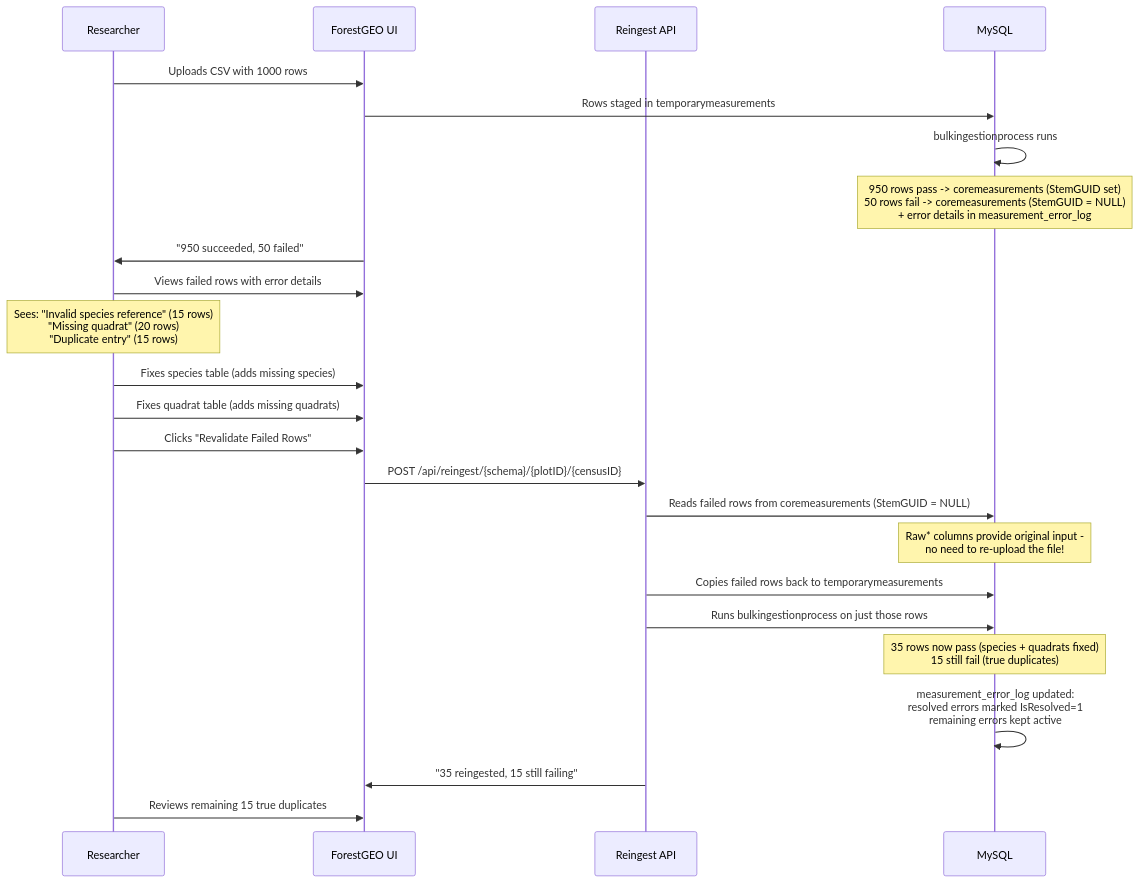
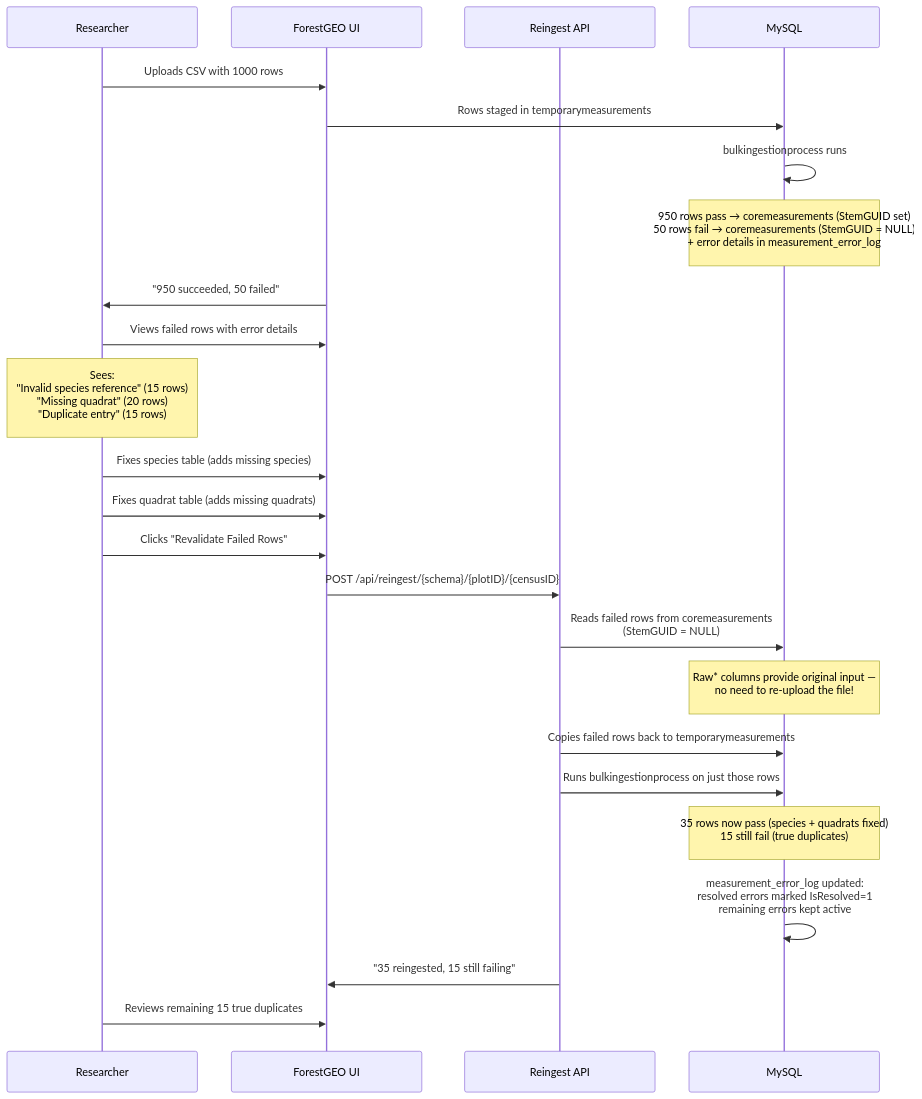
One commit to Smithsonian/ForestGEO changed the third of 4 diagrams in unified-measurements-branch-overview.md. Above: the diagram before and after it, drawn with Mermaid. The commit also changed other lines of this file and 10 other files, not shown here.

````diff
--- a/unified-measurements-branch-overview.md
+++ b/unified-measurements-branch-overview.md
@@ -81,37 +81,53 @@
 ```mermaid
+---
+config:
+  sequence:
+    mirrorActors: true
+    width: 280
+    height: 60
+    boxMargin: 20
+    boxTextMargin: 10
+    noteMargin: 20
+    messageMargin: 50
+    actorFontSize: 18
+    noteFontSize: 16
+    messageFontSize: 16
+    wrap: true
+    wrapPadding: 20
+---
 sequenceDiagram
     participant R as Researcher
     participant UI as ForestGEO UI
     participant API as Reingest API
     participant DB as MySQL
 
-    R->>UI: Uploads CSV with 1000 rows
-    UI->>DB: Rows staged in temporarymeasurements
-    DB->>DB: bulkingestionprocess runs
+    R ->> UI: Uploads CSV with 1000 rows
+    UI ->> DB: Rows staged in temporarymeasurements
+    DB ->> DB: bulkingestionprocess runs
 
-    Note over DB: 950 rows pass -> coremeasurements (StemGUID set)<br/>50 rows fail -> coremeasurements (StemGUID = NULL)<br/>+ error details in measurement_error_log
+    Note over DB: 950 rows pass → coremeasurements (StemGUID set)<br/>50 rows fail → coremeasurements (StemGUID = NULL)<br/>+ error details in measurement_error_log
 
-    UI->>R: "950 succeeded, 50 failed"
-    R->>UI: Views failed rows with error details
+    UI ->> R: "950 succeeded, 50 failed"
+    R ->> UI: Views failed rows with error details
 
-    Note over R: Sees: "Invalid species reference" (15 rows)<br/>"Missing quadrat" (20 rows)<br/>"Duplicate entry" (15 rows)
+    Note over R: Sees:<br/>"Invalid species reference" (15 rows)<br/>"Missing quadrat" (20 rows)<br/>"Duplicate entry" (15 rows)
 
-    R->>UI: Fixes species table (adds missing species)
-    R->>UI: Fixes quadrat table (adds missing quadrats)
-    R->>UI: Clicks "Revalidate Failed Rows"
+    R ->> UI: Fixes species table (adds missing species)
+    R ->> UI: Fixes quadrat table (adds missing quadrats)
+    R ->> UI: Clicks "Revalidate Failed Rows"
 
-    UI->>API: POST /api/reingest/{schema}/{plotID}/{censusID}
-    API->>DB: Reads failed rows from coremeasurements (StemGUID = NULL)
+    UI ->> API: POST /api/reingest/{schema}/{plotID}/{censusID}
+    API ->> DB: Reads failed rows from coremeasurements (StemGUID = NULL)
 
-    Note over DB: Raw* columns provide original input -<br/>no need to re-upload the file!
+    Note over DB: Raw* columns provide original input —<br/>no need to re-upload the file!
 
-    API->>DB: Copies failed rows back to temporarymeasurements
-    API->>DB: Runs bulkingestionprocess on just those rows
+    API ->> DB: Copies failed rows back to temporarymeasurements
+    API ->> DB: Runs bulkingestionprocess on just those rows
 
     Note over DB: 35 rows now pass (species + quadrats fixed)<br/>15 still fail (true duplicates)
 
-    DB->>DB: measurement_error_log updated:<br/>resolved errors marked IsResolved=1<br/>remaining errors kept active
+    DB ->> DB: measurement_error_log updated:<br/>resolved errors marked IsResolved=1<br/>remaining errors kept active
 
-    API->>UI: "35 reingested, 15 still failing"
-    R->>UI: Reviews remaining 15 true duplicates
+    API ->> UI: "35 reingested, 15 still failing"
+    R ->> UI: Reviews remaining 15 true duplicates
 ```
````
